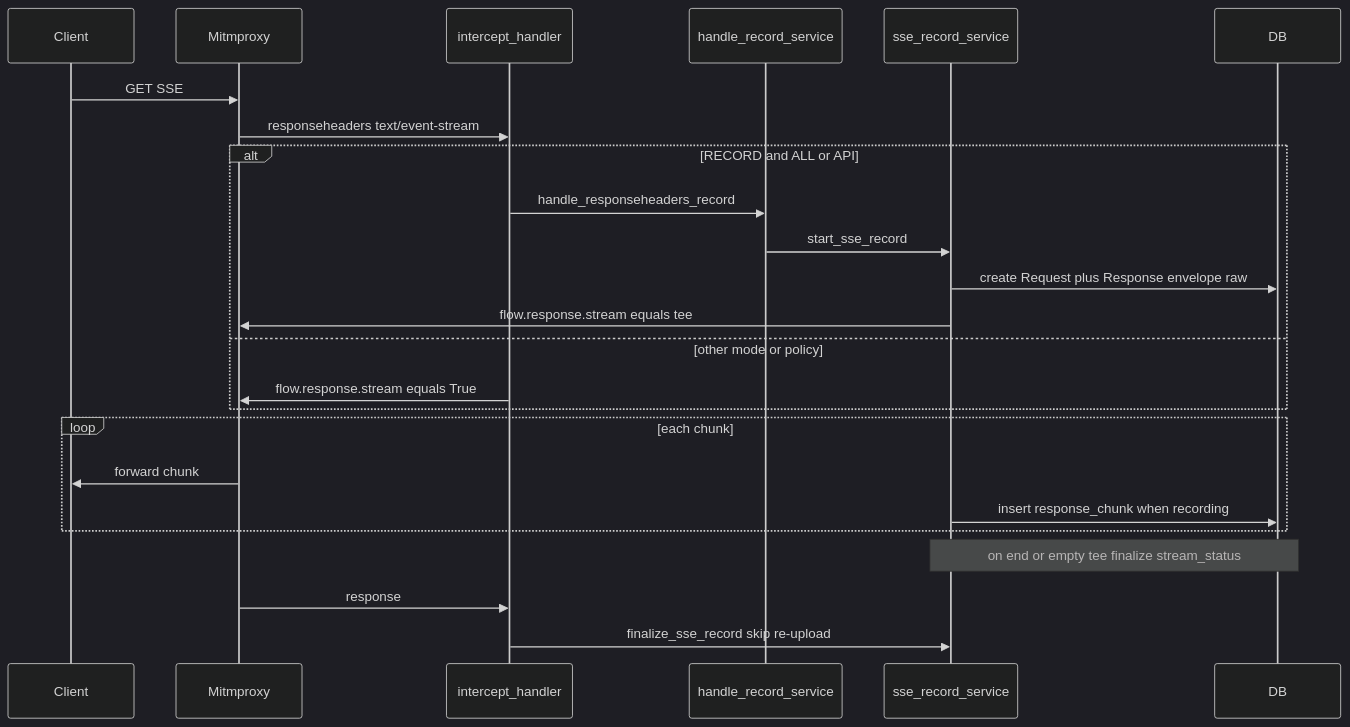
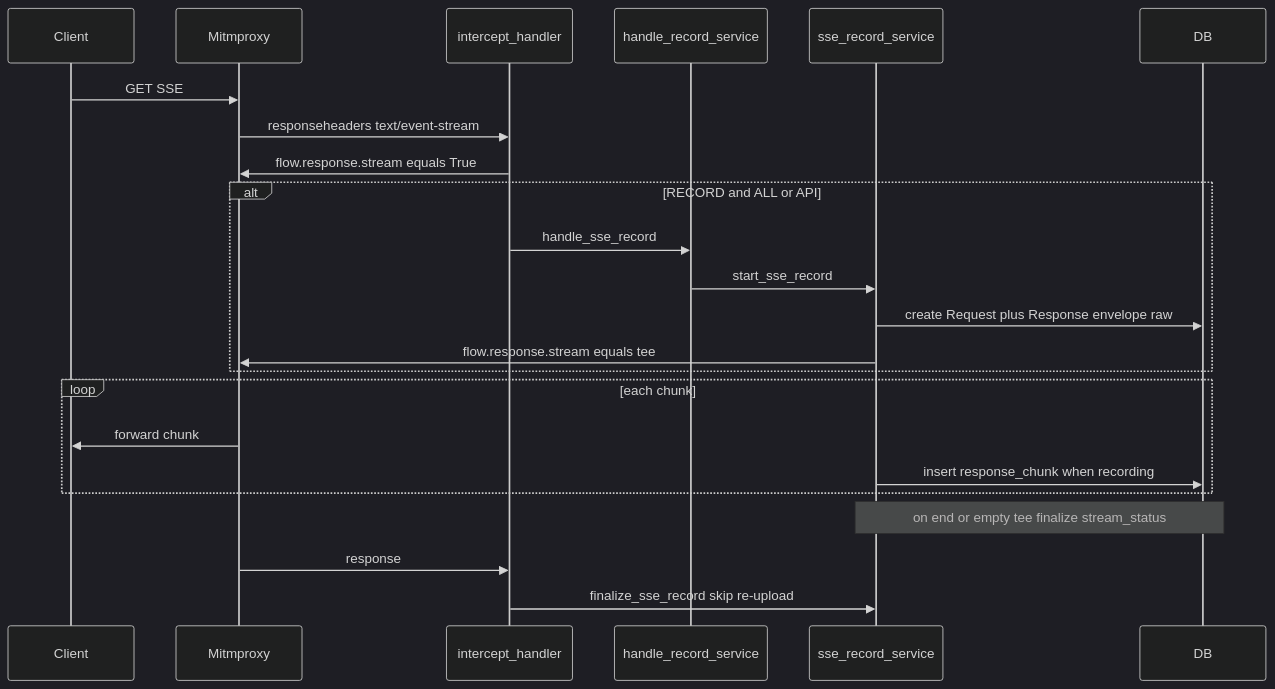
Before and after one commit to Stoobly/stoobly-agent: the first of 3 diagrams in docs/sse-handling.md, drawn with Mermaid (dark theme). The commit also changed other lines of this file and 4 other files, not shown here.

First line of the commit message:
Centralize SSE passthrough in responseheaders and rename handle_sse_record.

````diff
--- a/docs/sse-handling.md
+++ b/docs/sse-handling.md
@@ -26,27 +26,26 @@
 ```mermaid
 sequenceDiagram
   participant Client
   participant Mitmproxy
   participant Intercept as intercept_handler
   participant Record as handle_record_service
   participant Sse as sse_record_service
   participant DB
 
   Client->>Mitmproxy: GET SSE
   Mitmproxy->>Intercept: responseheaders text/event-stream
+  Intercept->>Mitmproxy: flow.response.stream equals True
   alt RECORD and ALL or API
-    Intercept->>Record: handle_responseheaders_record
+    Intercept->>Record: handle_sse_record
     Record->>Sse: start_sse_record
     Sse->>DB: create Request plus Response envelope raw
     Sse->>Mitmproxy: flow.response.stream equals tee
-  else other mode or policy
-    Intercept->>Mitmproxy: flow.response.stream equals True
   end
   loop each chunk
     Mitmproxy->>Client: forward chunk
     Sse->>DB: insert response_chunk when recording
   end
   Note over Sse,DB: on end or empty tee finalize stream_status
   Mitmproxy->>Intercept: response
   Intercept->>Sse: finalize_sse_record skip re-upload
 ```
````
